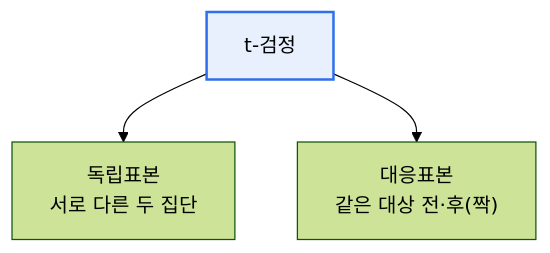
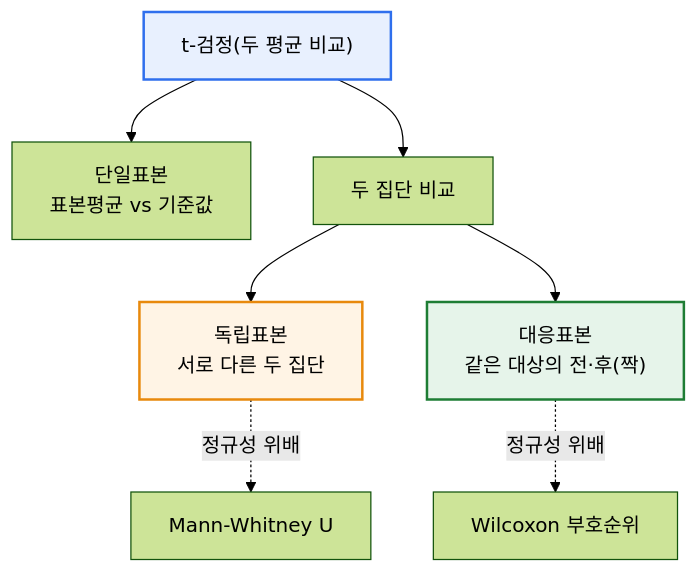
Before and after one commit to coninggu/wjdqhrhksflrltnftk: the first of 2 diagrams in content/t-test-independent-paired.md, drawn with Mermaid (forest theme). The commit also changed other lines of this file and 3 other files, not shown here.

First line of the commit message:
Deepen SDR(Software Defined Radio), 독립표본 t-검정과 대응표본 t-검정 비교 (auto)

````diff
--- a/content/t-test-independent-paired.md
+++ b/content/t-test-independent-paired.md
@@ -15,6 +23,12 @@
 ```mermaid
 flowchart TB
-  T[t-검정] --> I["독립표본<br/>서로 다른 두 집단"]
-  T --> P["대응표본<br/>같은 대상 전·후(짝)"]
+  T["t-검정(두 평균 비교)"] --> ONE["단일표본<br/>표본평균 vs 기준값"]
+  T --> TWO["두 집단 비교"]
+  TWO --> I["독립표본<br/>서로 다른 두 집단"]
+  TWO --> P["대응표본<br/>같은 대상의 전·후(짝)"]
+  I -. 정규성 위배 .-> MW["Mann-Whitney U"]
+  P -. 정규성 위배 .-> WX["Wilcoxon 부호순위"]
   style T fill:#e8f0fe,stroke:#2f6fed,stroke-width:2px
+  style I fill:#fff4e5,stroke:#e8890c,stroke-width:2px
+  style P fill:#e6f4ea,stroke:#1e7d34,stroke-width:2px
 ```
````
